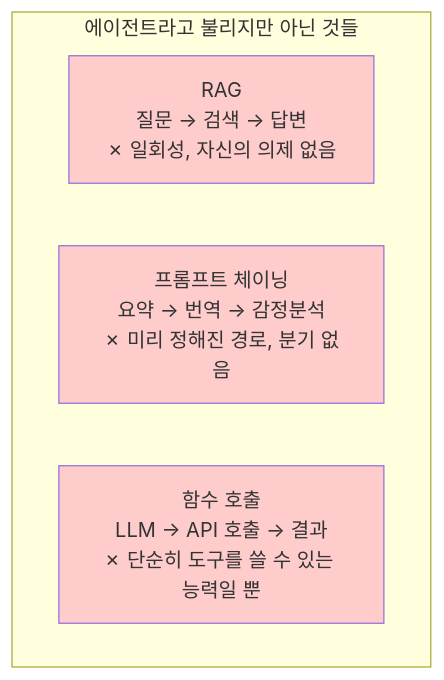
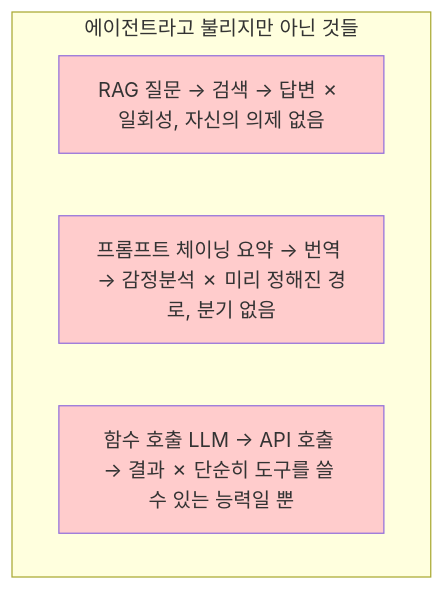
Before and after one commit to Kanghyeop/pages-book-agent101: the diagram in 03-agent/31-definition.md, drawn with Mermaid. The commit also changed other lines of this file and 48 other files, not shown here.

First line of the commit message:
fix: Mermaid 렌더링 + SVG 경로 수정

````diff
--- a/03-agent/31-definition.md
+++ b/03-agent/31-definition.md
@@ -156,12 +156,12 @@
 ```mermaid
 flowchart TB
     subgraph NotAgent["에이전트라고 불리지만 아닌 것들"]
-        A["RAG<br/>질문 → 검색 → 답변<br/>✗ 일회성, 자신의 의제 없음"]
-        B["프롬프트 체이닝<br/>요약 → 번역 → 감정분석<br/>✗ 미리 정해진 경로, 분기 없음"]
-        C["함수 호출<br/>LLM → API 호출 → 결과<br/>✗ 단순히 도구를 쓸 수 있는 능력일 뿐"]
+        A["RAG 질문 → 검색 → 답변 ✗ 일회성, 자신의 의제 없음"]
+        B["프롬프트 체이닝 요약 → 번역 → 감정분석 ✗ 미리 정해진 경로, 분기 없음"]
+        C["함수 호출 LLM → API 호출 → 결과 ✗ 단순히 도구를 쓸 수 있는 능력일 뿐"]
     end
 
     style A fill:#FFCCCC
     style B fill:#FFCCCC
     style C fill:#FFCCCC
 ```
````
